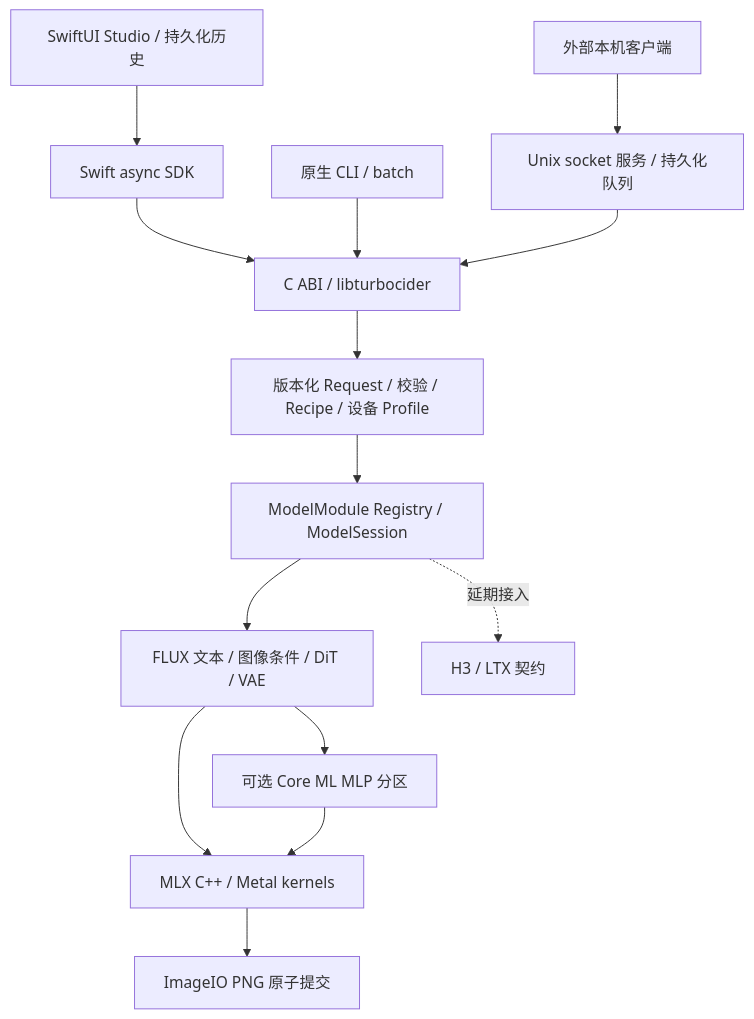
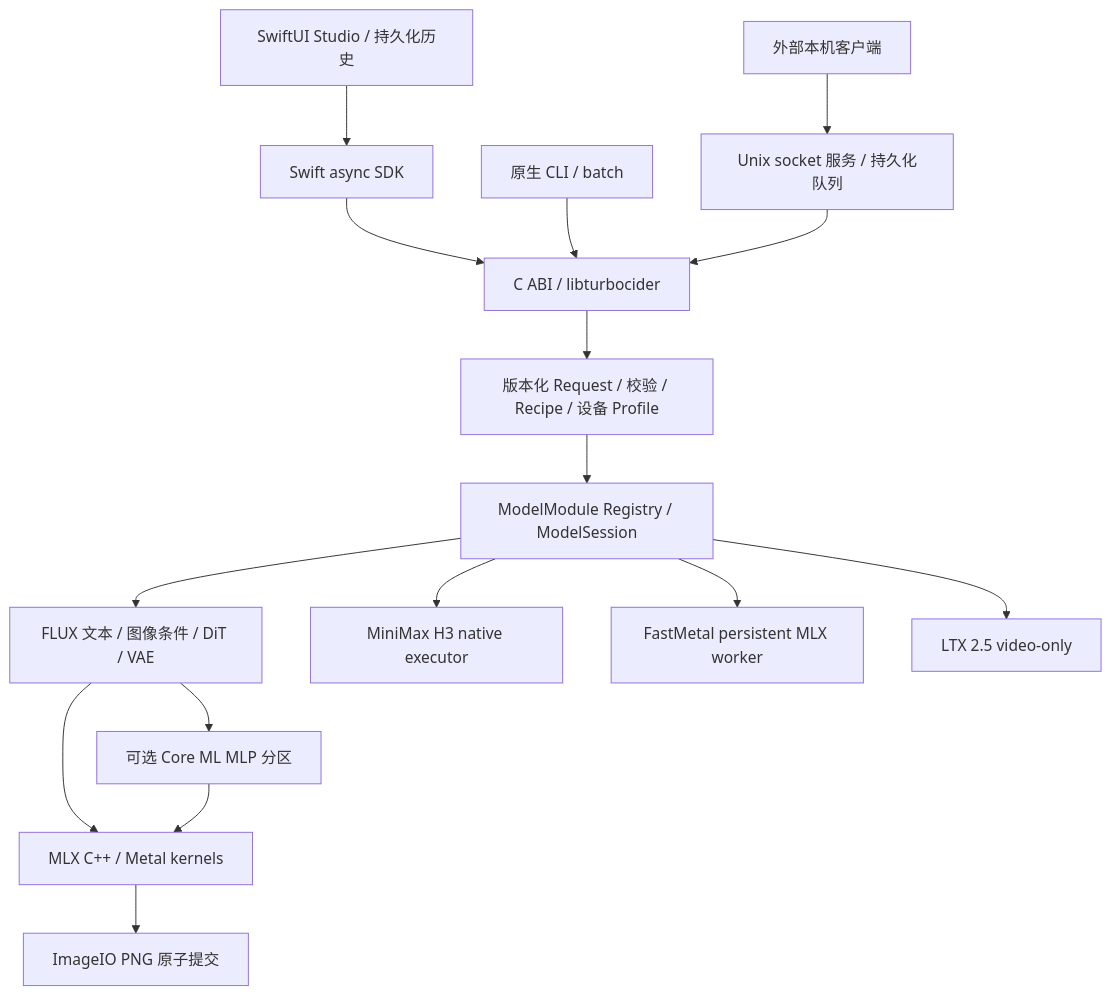
One commit to magicKD/TurboCider changed the diagram in docs/design/rewrite-implementation-status.md. Above: the diagram before and after it, drawn with Mermaid. The commit also changed other lines of this file and 188 other files, not shown here.

````diff
--- a/docs/design/rewrite-implementation-status.md
+++ b/docs/design/rewrite-implementation-status.md
@@ -7,16 +7,18 @@
 ```mermaid
 flowchart TD
   App[SwiftUI Studio / 持久化历史] --> Swift[Swift async SDK]
   Swift --> ABI[C ABI / libturbocider]
   CLI[原生 CLI / batch] --> ABI
   Client[外部本机客户端] --> IPC[Unix socket 服务 / 持久化队列]
   IPC --> ABI
   ABI --> Plan[版本化 Request / 校验 / Recipe / 设备 Profile]
   Plan --> Registry[ModelModule Registry / ModelSession]
   Registry --> Flux[FLUX 文本 / 图像条件 / DiT / VAE]
-  Registry -. 延期接入 .-> Video[H3 / LTX 契约]
+  Registry --> H3[MiniMax H3 native executor]
+  Registry --> FastMetal[FastMetal persistent MLX worker]
+  Registry --> LTX[LTX 2.5 video-only]
   Flux --> MLX[MLX C++ / Metal kernels]
   Flux --> CoreML[可选 Core ML MLP 分区]
   MLX --> Media[ImageIO PNG 原子提交]
   CoreML --> MLX
 ```
````
